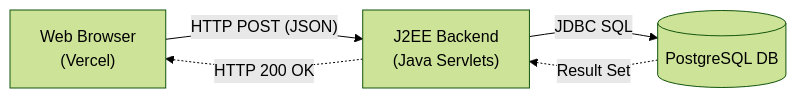
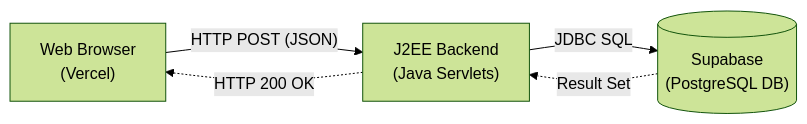
The diagram in README.md (Aaryan2737/J2EE_feedback), drawn with Mermaid (forest theme) before and after one commit. The commit also changed other lines of this file, not shown here.

Commit message:
Update database documentation to explicitly mention Supabase

````diff
--- a/README.md
+++ b/README.md
@@ -9,11 +9,11 @@
 ```mermaid
 flowchart LR
     Browser["Web Browser\n(Vercel)"]
     API["J2EE Backend\n(Java Servlets)"]
-    DB[("PostgreSQL DB")]
+    DB[("Supabase\n(PostgreSQL DB)")]
 
     Browser -- "HTTP POST (JSON)" --> API
     API -- "JDBC SQL" --> DB
     DB -. "Result Set" .-> API
     API -. "HTTP 200 OK" .-> Browser
 ```
````
